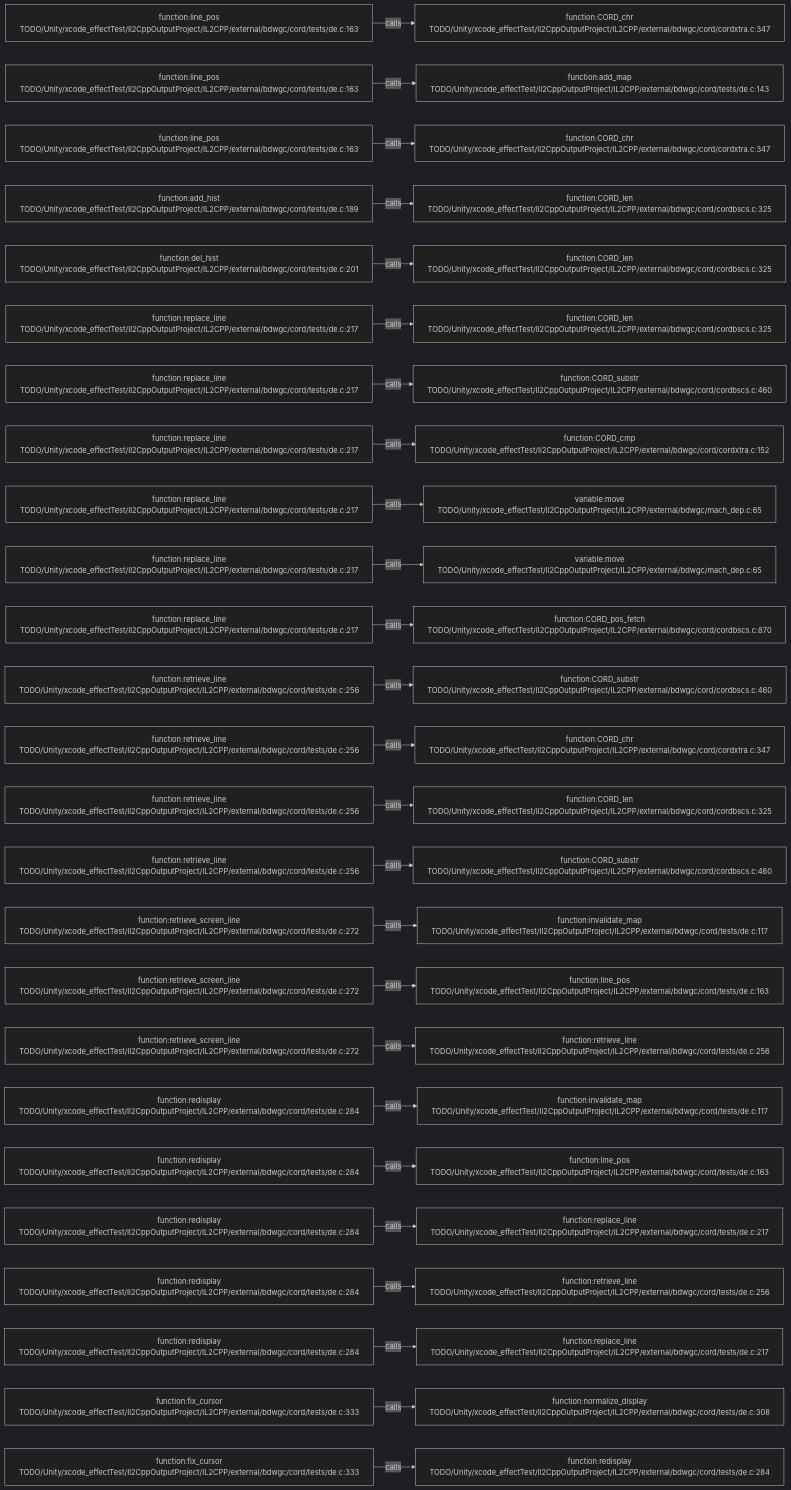
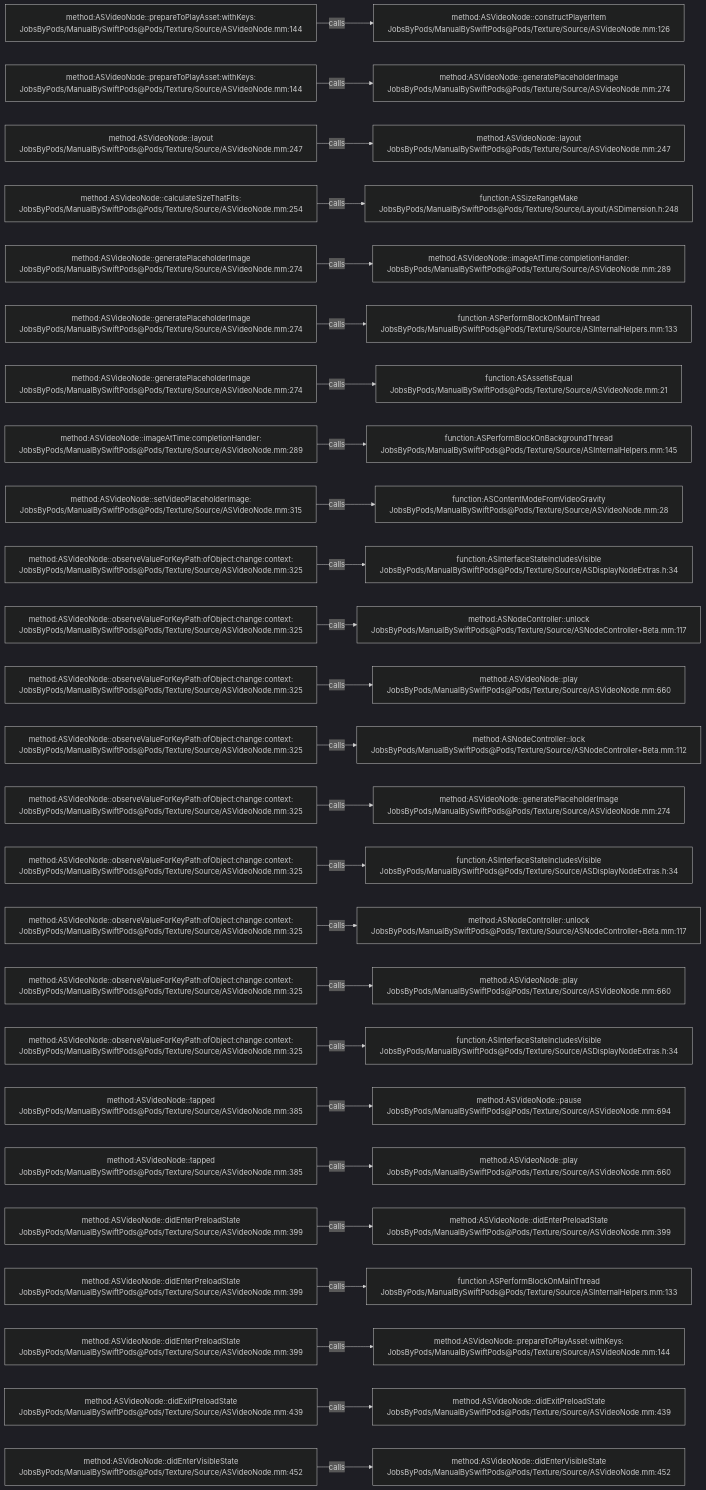
Before and after one commit to JobsKits/JobsSwiftBaseConfigDemo: the diagram in .codegraph/codegraph.md/graphs/calls-093.md, drawn with Mermaid (dark theme). The commit also changed 2959 other files, not shown here.

````diff
--- a/.codegraph/codegraph.md/graphs/calls-093.md
+++ b/.codegraph/codegraph.md/graphs/calls-093.md
@@ -13,78 +13,78 @@
 ```mermaid
 flowchart LR
-  S1["function:line_pos<br/>TODO/Unity/xcode_effectTest/Il2CppOutputProject/IL2CPP/external/bdwgc/cord/tests/de.c:163"]
-  T1["function:CORD_chr<br/>TODO/Unity/xcode_effectTest/Il2CppOutputProject/IL2CPP/external/bdwgc/cord/cordxtra.c:347"]
+  S1["method:ASVideoNode::prepareToPlayAsset:withKeys:<br/>JobsByPods/ManualBySwiftPods@Pods/Texture/Source/ASVideoNode.mm:144"]
+  T1["method:ASVideoNode::constructPlayerItem<br/>JobsByPods/ManualBySwiftPods@Pods/Texture/Source/ASVideoNode.mm:126"]
   S1 -->|calls| T1
-  S2["function:line_pos<br/>TODO/Unity/xcode_effectTest/Il2CppOutputProject/IL2CPP/external/bdwgc/cord/tests/de.c:163"]
-  T2["function:add_map<br/>TODO/Unity/xcode_effectTest/Il2CppOutputProject/IL2CPP/external/bdwgc/cord/tests/de.c:143"]
+  S2["method:ASVideoNode::prepareToPlayAsset:withKeys:<br/>JobsByPods/ManualBySwiftPods@Pods/Texture/Source/ASVideoNode.mm:144"]
+  T2["method:ASVideoNode::generatePlaceholderImage<br/>JobsByPods/ManualBySwiftPods@Pods/Texture/Source/ASVideoNode.mm:274"]
   S2 -->|calls| T2
-  S3["function:line_pos<br/>TODO/Unity/xcode_effectTest/Il2CppOutputProject/IL2CPP/external/bdwgc/cord/tests/de.c:163"]
-  T3["function:CORD_chr<br/>TODO/Unity/xcode_effectTest/Il2CppOutputProject/IL2CPP/external/bdwgc/cord/cordxtra.c:347"]
+  S3["method:ASVideoNode::layout<br/>JobsByPods/ManualBySwiftPods@Pods/Texture/Source/ASVideoNode.mm:247"]
+  T3["method:ASVideoNode::layout<br/>JobsByPods/ManualBySwiftPods@Pods/Texture/Source/ASVideoNode.mm:247"]
   S3 -->|calls| T3
-  S4["function:add_hist<br/>TODO/Unity/xcode_effectTest/Il2CppOutputProject/IL2CPP/external/bdwgc/cord/tests/de.c:189"]
-  T4["function:CORD_len<br/>TODO/Unity/xcode_effectTest/Il2CppOutputProject/IL2CPP/external/bdwgc/cord/cordbscs.c:325"]
+  S4["method:ASVideoNode::calculateSizeThatFits:<br/>JobsByPods/ManualBySwiftPods@Pods/Texture/Source/ASVideoNode.mm:254"]
+  T4["function:ASSizeRangeMake<br/>JobsByPods/ManualBySwiftPods@Pods/Texture/Source/Layout/ASDimension.h:248"]
   S4 -->|calls| T4
-  S5["function:del_hist<br/>TODO/Unity/xcode_effectTest/Il2CppOutputProject/IL2CPP/external/bdwgc/cord/tests/de.c:201"]
-  T5["function:CORD_len<br/>TODO/Unity/xcode_effectTest/Il2CppOutputProject/IL2CPP/external/bdwgc/cord/cordbscs.c:325"]
+  S5["method:ASVideoNode::generatePlaceholderImage<br/>JobsByPods/ManualBySwiftPods@Pods/Texture/Source/ASVideoNode.mm:274"]
+  T5["method:ASVideoNode::imageAtTime:completionHandler:<br/>JobsByPods/ManualBySwiftPods@Pods/Texture/Source/ASVideoNode.mm:289"]
   S5 -->|calls| T5
-  S6["function:replace_line<br/>TODO/Unity/xcode_effectTest/Il2CppOutputProject/IL2CPP/external/bdwgc/cord/tests/de.c:217"]
-  T6["function:CORD_len<br/>TODO/Unity/xcode_effectTest/Il2CppOutputProject/IL2CPP/external/bdwgc/cord/cordbscs.c:325"]
+  S6["method:ASVideoNode::generatePlaceholderImage<br/>JobsByPods/ManualBySwiftPods@Pods/Texture/Source/ASVideoNode.mm:274"]
+  T6["function:ASPerformBlockOnMainThread<br/>JobsByPods/ManualBySwiftPods@Pods/Texture/Source/ASInternalHelpers.mm:133"]
   S6 -->|calls| T6
-  S7["function:replace_line<br/>TODO/Unity/xcode_effectTest/Il2CppOutputProject/IL2CPP/external/bdwgc/cord/tests/de.c:217"]
-  T7["function:CORD_substr<br/>TODO/Unity/xcode_effectTest/Il2CppOutputProject/IL2CPP/external/bdwgc/cord/cordbscs.c:460"]
+  S7["method:ASVideoNode::generatePlaceholderImage<br/>JobsByPods/ManualBySwiftPods@Pods/Texture/Source/ASVideoNode.mm:274"]
+  T7["function:ASAssetIsEqual<br/>JobsByPods/ManualBySwiftPods@Pods/Texture/Source/ASVideoNode.mm:21"]
   S7 -->|calls| T7
-  S8["function:replace_line<br/>TODO/Unity/xcode_effectTest/Il2CppOutputProject/IL2CPP/external/bdwgc/cord/tests/de.c:217"]
-  T8["function:CORD_cmp<br/>TODO/Unity/xcode_effectTest/Il2CppOutputProject/IL2CPP/external/bdwgc/cord/cordxtra.c:152"]
+  S8["method:ASVideoNode::imageAtTime:completionHandler:<br/>JobsByPods/ManualBySwiftPods@Pods/Texture/Source/ASVideoNode.mm:289"]
+  T8["function:ASPerformBlockOnBackgroundThread<br/>JobsByPods/ManualBySwiftPods@Pods/Texture/Source/ASInternalHelpers.mm:145"]
   S8 -->|calls| T8
-  S9["function:replace_line<br/>TODO/Unity/xcode_effectTest/Il2CppOutputProject/IL2CPP/external/bdwgc/cord/tests/de.c:217"]
-  T9["variable:move<br/>TODO/Unity/xcode_effectTest/Il2CppOutputProject/IL2CPP/external/bdwgc/mach_dep.c:65"]
+  S9["method:ASVideoNode::setVideoPlaceholderImage:<br/>JobsByPods/ManualBySwiftPods@Pods/Texture/Source/ASVideoNode.mm:315"]
+  T9["function:ASContentModeFromVideoGravity<br/>JobsByPods/ManualBySwiftPods@Pods/Texture/Source/ASVideoNode.mm:28"]
   S9 -->|calls| T9
-  S10["function:replace_line<br/>TODO/Unity/xcode_effectTest/Il2CppOutputProject/IL2CPP/external/bdwgc/cord/tests/de.c:217"]
-  T10["variable:move<br/>TODO/Unity/xcode_effectTest/Il2CppOutputProject/IL2CPP/external/bdwgc/mach_dep.c:65"]
+  S10["method:ASVideoNode::observeValueForKeyPath:ofObject:change:context:<br/>JobsByPods/ManualBySwiftPods@Pods/Texture/Source/ASVideoNode.mm:325"]
+  T10["function:ASInterfaceStateIncludesVisible<br/>JobsByPods/ManualBySwiftPods@Pods/Texture/Source/ASDisplayNodeExtras.h:34"]
   S10 -->|calls| T10
-  S11["function:replace_line<br/>TODO/Unity/xcode_effectTest/Il2CppOutputProject/IL2CPP/external/bdwgc/cord/tests/de.c:217"]
-  T11["function:CORD_pos_fetch<br/>TODO/Unity/xcode_effectTest/Il2CppOutputProject/IL2CPP/external/bdwgc/cord/cordbscs.c:870"]
+  S11["method:ASVideoNode::observeValueForKeyPath:ofObject:change:context:<br/>JobsByPods/ManualBySwiftPods@Pods/Texture/Source/ASVideoNode.mm:325"]
+  T11["method:ASNodeController::unlock<br/>JobsByPods/ManualBySwiftPods@Pods/Texture/Source/ASNodeController+Beta.mm:117"]
   S11 -->|calls| T11
-  S12["function:retrieve_line<br/>TODO/Unity/xcode_effectTest/Il2CppOutputProject/IL2CPP/external/bdwgc/cord/tests/de.c:256"]
-  T12["function:CORD_substr<br/>TODO/Unity/xcode_effectTest/Il2CppOutputProject/IL2CPP/external/bdwgc/cord/cordbscs.c:460"]
+  S12["method:ASVideoNode::observeValueForKeyPath:ofObject:change:context:<br/>JobsByPods/ManualBySwiftPods@Pods/Texture/Source/ASVideoNode.mm:325"]
+  T12["method:ASVideoNode::play<br/>JobsByPods/ManualBySwiftPods@Pods/Texture/Source/ASVideoNode.mm:660"]
   S12 -->|calls| T12
-  S13["function:retrieve_line<br/>TODO/Unity/xcode_effectTest/Il2CppOutputProject/IL2CPP/external/bdwgc/cord/tests/de.c:256"]
-  T13["function:CORD_chr<br/>TODO/Unity/xcode_effectTest/Il2CppOutputProject/IL2CPP/external/bdwgc/cord/cordxtra.c:347"]
+  S13["method:ASVideoNode::observeValueForKeyPath:ofObject:change:context:<br/>JobsByPods/ManualBySwiftPods@Pods/Texture/Source/ASVideoNode.mm:325"]
+  T13["method:ASNodeController::lock<br/>JobsByPods/ManualBySwiftPods@Pods/Texture/Source/ASNodeController+Beta.mm:112"]
   S13 -->|calls| T13
-  S14["function:retrieve_line<br/>TODO/Unity/xcode_effectTest/Il2CppOutputProject/IL2CPP/external/bdwgc/cord/tests/de.c:256"]
-  T14["function:CORD_len<br/>TODO/Unity/xcode_effectTest/Il2CppOutputProject/IL2CPP/external/bdwgc/cord/cordbscs.c:325"]
+  S14["method:ASVideoNode::observeValueForKeyPath:ofObject:change:context:<br/>JobsByPods/ManualBySwiftPods@Pods/Texture/Source/ASVideoNode.mm:325"]
+  T14["method:ASVideoNode::generatePlaceholderImage<br/>JobsByPods/ManualBySwiftPods@Pods/Texture/Source/ASVideoNode.mm:274"]
   S14 -->|calls| T14
-  S15["function:retrieve_line<br/>TODO/Unity/xcode_effectTest/Il2CppOutputProject/IL2CPP/external/bdwgc/cord/tests/de.c:256"]
-  T15["function:CORD_substr<br/>TODO/Unity/xcode_effectTest/Il2CppOutputProject/IL2CPP/external/bdwgc/cord/cordbscs.c:460"]
+  S15["method:ASVideoNode::observeValueForKeyPath:ofObject:change:context:<br/>JobsByPods/ManualBySwiftPods@Pods/Texture/Source/ASVideoNode.mm:325"]
+  T15["function:ASInterfaceStateIncludesVisible<br/>JobsByPods/ManualBySwiftPods@Pods/Texture/Source/ASDisplayNodeExtras.h:34"]
   S15 -->|calls| T15
-  S16["function:retrieve_screen_line<br/>TODO/Unity/xcode_effectTest/Il2CppOutputProject/IL2CPP/external/bdwgc/cord/tests/de.c:272"]
-  T16["function:invalidate_map<br/>TODO/Unity/xcode_effectTest/Il2CppOutputProject/IL2CPP/external/bdwgc/cord/tests/de.c:117"]
+  S16["method:ASVideoNode::observeValueForKeyPath:ofObject:change:context:<br/>JobsByPods/ManualBySwiftPods@Pods/Texture/Source/ASVideoNode.mm:325"]
+  T16["method:ASNodeController::unlock<br/>JobsByPods/ManualBySwiftPods@Pods/Texture/Source/ASNodeController+Beta.mm:117"]
   S16 -->|calls| T16
-  S17["function:retrieve_screen_line<br/>TODO/Unity/xcode_effectTest/Il2CppOutputProject/IL2CPP/external/bdwgc/cord/tests/de.c:272"]
-  T17["function:line_pos<br/>TODO/Unity/xcode_effectTest/Il2CppOutputProject/IL2CPP/external/bdwgc/cord/tests/de.c:163"]
+  S17["method:ASVideoNode::observeValueForKeyPath:ofObject:change:context:<br/>JobsByPods/ManualBySwiftPods@Pods/Texture/Source/ASVideoNode.mm:325"]
+  T17["method:ASVideoNode::play<br/>JobsByPods/ManualBySwiftPods@Pods/Texture/Source/ASVideoNode.mm:660"]
   S17 -->|calls| T17
-  S18["function:retrieve_screen_line<br/>TODO/Unity/xcode_effectTest/Il2CppOutputProject/IL2CPP/external/bdwgc/cord/tests/de.c:272"]
-  T18["function:retrieve_line<br/>TODO/Unity/xcode_effectTest/Il2CppOutputProject/IL2CPP/external/bdwgc/cord/tests/de.c:256"]
+  S18["method:ASVideoNode::observeValueForKeyPath:ofObject:change:context:<br/>JobsByPods/ManualBySwiftPods@Pods/Texture/Source/ASVideoNode.mm:325"]
+  T18["function:ASInterfaceStateIncludesVisible<br/>JobsByPods/ManualBySwiftPods@Pods/Texture/Source/ASDisplayNodeExtras.h:34"]
   S18 -->|calls| T18
-  S19["function:redisplay<br/>TODO/Unity/xcode_effectTest/Il2CppOutputProject/IL2CPP/external/bdwgc/cord/tests/de.c:284"]
-  T19["function:invalidate_map<br/>TODO/Unity/xcode_effectTest/Il2CppOutputProject/IL2CPP/external/bdwgc/cord/tests/de.c:117"]
+  S19["method:ASVideoNode::tapped<br/>JobsByPods/ManualBySwiftPods@Pods/Texture/Source/ASVideoNode.mm:385"]
+  T19["method:ASVideoNode::pause<br/>JobsByPods/ManualBySwiftPods@Pods/Texture/Source/ASVideoNode.mm:694"]
   S19 -->|calls| T19
-  S20["function:redisplay<br/>TODO/Unity/xcode_effectTest/Il2CppOutputProject/IL2CPP/external/bdwgc/cord/tests/de.c:284"]
-  T20["function:line_pos<br/>TODO/Unity/xcode_effectTest/Il2CppOutputProject/IL2CPP/external/bdwgc/cord/tests/de.c:163"]
+  S20["method:ASVideoNode::tapped<br/>JobsByPods/ManualBySwiftPods@Pods/Texture/Source/ASVideoNode.mm:385"]
+  T20["method:ASVideoNode::play<br/>JobsByPods/ManualBySwiftPods@Pods/Texture/Source/ASVideoNode.mm:660"]
   S20 -->|calls| T20
-  S21["function:redisplay<br/>TODO/Unity/xcode_effectTest/Il2CppOutputProject/IL2CPP/external/bdwgc/cord/tests/de.c:284"]
-  T21["function:replace_line<br/>TODO/Unity/xcode_effectTest/Il2CppOutputProject/IL2CPP/external/bdwgc/cord/tests/de.c:217"]
+  S21["method:ASVideoNode::didEnterPreloadState<br/>JobsByPods/ManualBySwiftPods@Pods/Texture/Source/ASVideoNode.mm:399"]
+  T21["method:ASVideoNode::didEnterPreloadState<br/>JobsByPods/ManualBySwiftPods@Pods/Texture/Source/ASVideoNode.mm:399"]
   S21 -->|calls| T21
-  S22["function:redisplay<br/>TODO/Unity/xcode_effectTest/Il2CppOutputProject/IL2CPP/external/bdwgc/cord/tests/de.c:284"]
-  T22["function:retrieve_line<br/>TODO/Unity/xcode_effectTest/Il2CppOutputProject/IL2CPP/external/bdwgc/cord/tests/de.c:256"]
+  S22["method:ASVideoNode::didEnterPreloadState<br/>JobsByPods/ManualBySwiftPods@Pods/Texture/Source/ASVideoNode.mm:399"]
+  T22["function:ASPerformBlockOnMainThread<br/>JobsByPods/ManualBySwiftPods@Pods/Texture/Source/ASInternalHelpers.mm:133"]
   S22 -->|calls| T22
-  S23["function:redisplay<br/>TODO/Unity/xcode_effectTest/Il2CppOutputProject/IL2CPP/external/bdwgc/cord/tests/de.c:284"]
-  T23["function:replace_line<br/>TODO/Unity/xcode_effectTest/Il2CppOutputProject/IL2CPP/external/bdwgc/cord/tests/de.c:217"]
+  S23["method:ASVideoNode::didEnterPreloadState<br/>JobsByPods/ManualBySwiftPods@Pods/Texture/Source/ASVideoNode.mm:399"]
+  T23["method:ASVideoNode::prepareToPlayAsset:withKeys:<br/>JobsByPods/ManualBySwiftPods@Pods/Texture/Source/ASVideoNode.mm:144"]
   S23 -->|calls| T23
-  S24["function:fix_cursor<br/>TODO/Unity/xcode_effectTest/Il2CppOutputProject/IL2CPP/external/bdwgc/cord/tests/de.c:333"]
-  T24["function:normalize_display<br/>TODO/Unity/xcode_effectTest/Il2CppOutputProject/IL2CPP/external/bdwgc/cord/tests/de.c:308"]
+  S24["method:ASVideoNode::didExitPreloadState<br/>JobsByPods/ManualBySwiftPods@Pods/Texture/Source/ASVideoNode.mm:439"]
+  T24["method:ASVideoNode::didExitPreloadState<br/>JobsByPods/ManualBySwiftPods@Pods/Texture/Source/ASVideoNode.mm:439"]
   S24 -->|calls| T24
-  S25["function:fix_cursor<br/>TODO/Unity/xcode_effectTest/Il2CppOutputProject/IL2CPP/external/bdwgc/cord/tests/de.c:333"]
-  T25["function:redisplay<br/>TODO/Unity/xcode_effectTest/Il2CppOutputProject/IL2CPP/external/bdwgc/cord/tests/de.c:284"]
+  S25["method:ASVideoNode::didEnterVisibleState<br/>JobsByPods/ManualBySwiftPods@Pods/Texture/Source/ASVideoNode.mm:452"]
+  T25["method:ASVideoNode::didEnterVisibleState<br/>JobsByPods/ManualBySwiftPods@Pods/Texture/Source/ASVideoNode.mm:452"]
   S25 -->|calls| T25
 ```
````
